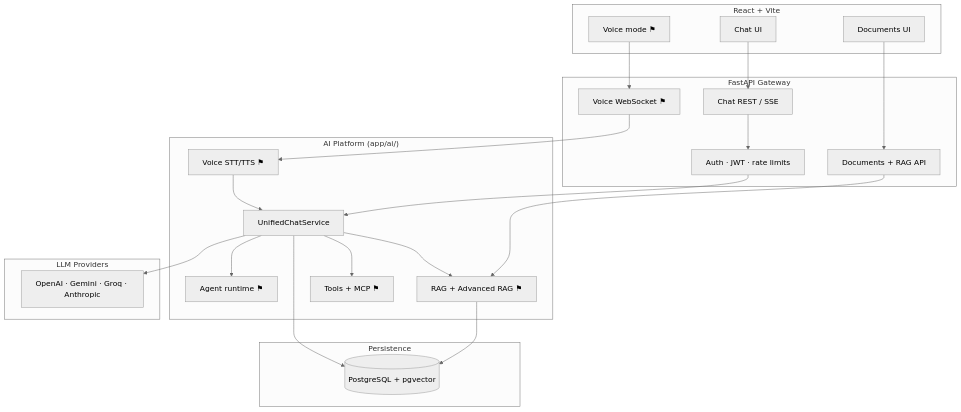
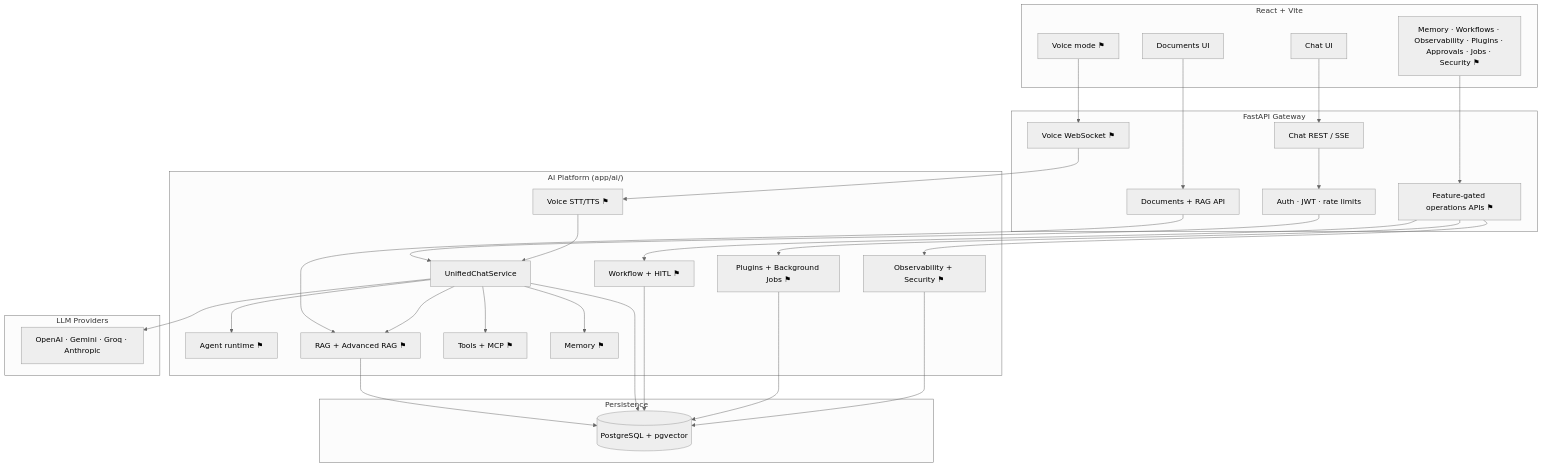
One commit to pateatlau/fullstack-ai-platform changed the diagram in README.md. Above: the diagram before and after it, drawn with Mermaid (neutral theme). The commit also changed other lines of this file and 11 other files, not shown here.

Commit message:
feat: complete V2 Epic 11 security governance and document V2 release

````diff
--- a/README.md
+++ b/README.md
@@ -48,44 +73,58 @@
 ```mermaid
 flowchart TB
   subgraph Client["React + Vite"]
     Chat["Chat UI"]
     DocsUI["Documents UI"]
     VoiceUI["Voice mode ⚑"]
+    OpsUI["Memory · Workflows · Observability · Plugins · Approvals · Jobs · Security ⚑"]
   end
 
   subgraph API["FastAPI Gateway"]
     Auth["Auth · JWT · rate limits"]
     ChatAPI["Chat REST / SSE"]
     VoiceWS["Voice WebSocket ⚑"]
     DocAPI["Documents + RAG API"]
+    OpsAPI["Feature-gated operations APIs ⚑"]
   end
 
   subgraph Platform["AI Platform (app/ai/)"]
     UCS["UnifiedChatService"]
     Agent["Agent runtime ⚑"]
     RAG["RAG + Advanced RAG ⚑"]
     Tools["Tools + MCP ⚑"]
     Voice["Voice STT/TTS ⚑"]
+    Memory["Memory ⚑"]
+    Workflow["Workflow + HITL ⚑"]
+    Extensions["Plugins + Background Jobs ⚑"]
+    Governance["Observability + Security ⚑"]
   end
 
   subgraph Providers["LLM Providers"]
     LLM["OpenAI · Gemini · Groq · Anthropic"]
   end
 
   subgraph Data["Persistence"]
     PG[("PostgreSQL + pgvector")]
   end
 
   Chat --> ChatAPI
   VoiceUI --> VoiceWS
   DocsUI --> DocAPI
+  OpsUI --> OpsAPI
   ChatAPI --> Auth --> UCS
   VoiceWS --> Voice --> UCS
   DocAPI --> RAG
   UCS --> Agent
   UCS --> RAG
   UCS --> Tools
   UCS --> LLM
+  UCS --> Memory
+  OpsAPI --> Workflow
+  OpsAPI --> Extensions
+  OpsAPI --> Governance
   RAG --> PG
   UCS --> PG
+  Workflow --> PG
+  Extensions --> PG
+  Governance --> PG
 ```
````
